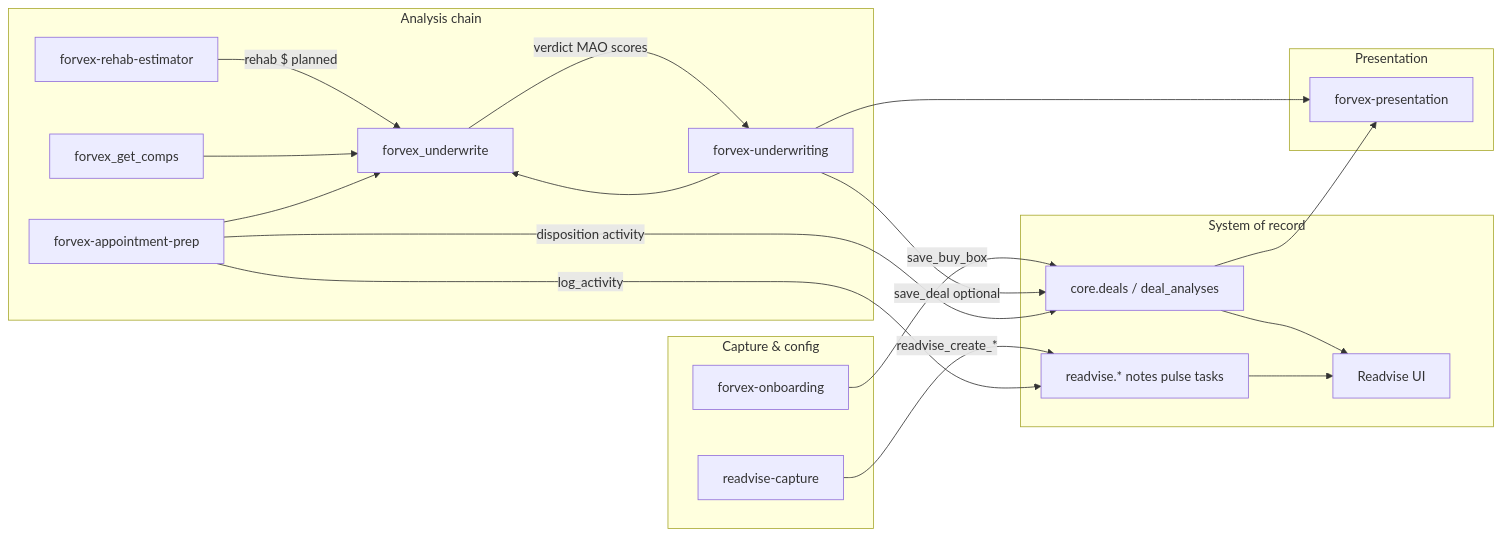
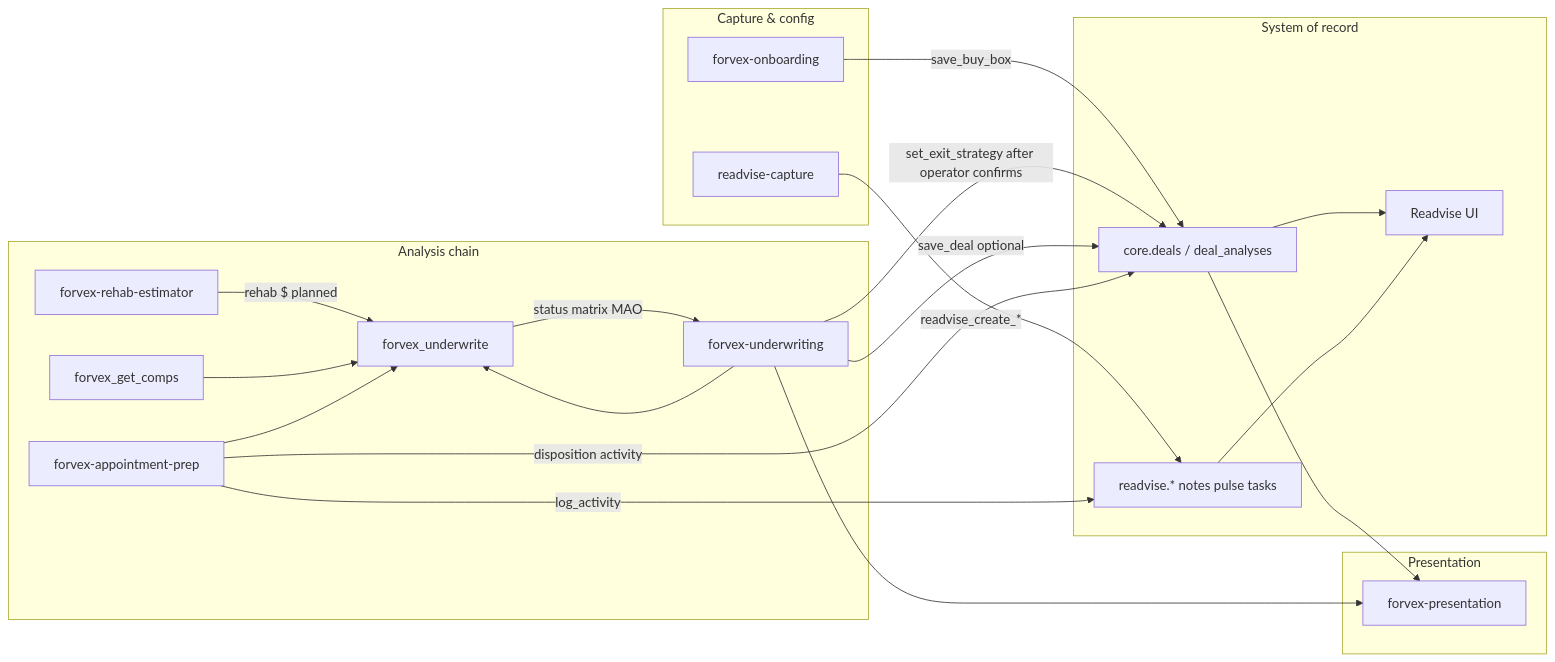
Before and after one commit to nibblet/reecosystem-core: the diagram in docs/SKILL_SYSTEM_CONTRACT.md, drawn with Mermaid. The commit also changed other lines of this file and 2 other files, not shown here.

````diff
--- a/docs/SKILL_SYSTEM_CONTRACT.md
+++ b/docs/SKILL_SYSTEM_CONTRACT.md
@@ -289,40 +323,41 @@
 ```mermaid
 flowchart LR
   subgraph inputs [Capture & config]
     ONB[forvex-onboarding]
     CAP[readvise-capture]
   end
 
   subgraph analysis [Analysis chain]
     REHAB[forvex-rehab-estimator]
     UW[forvex-underwriting]
     PREP[forvex-appointment-prep]
     COMPS[forvex_get_comps]
     UND[forvex_underwrite]
   end
 
   subgraph persist [System of record]
     CORE[core.deals / deal_analyses]
     RD[readvise.* notes pulse tasks]
     REV[Readvise UI]
   end
 
   subgraph output [Presentation]
     PRES[forvex-presentation]
   end
 
   ONB -->|save_buy_box| CORE
   CAP -->|readvise_create_*| RD
   REHAB -->|rehab $ planned| UND
   COMPS --> UND
   UW --> UND
-  UND -->|verdict MAO scores| UW
+  UND -->|status matrix MAO| UW
+  UW -->|set_exit_strategy after operator confirms| CORE
   UW -->|save_deal optional| CORE
   PREP --> UND
   PREP -->|disposition activity| CORE
   PREP -->|log_activity| RD
   CORE --> REV
   RD --> REV
   UW --> PRES
   CORE --> PRES
 ```
````
